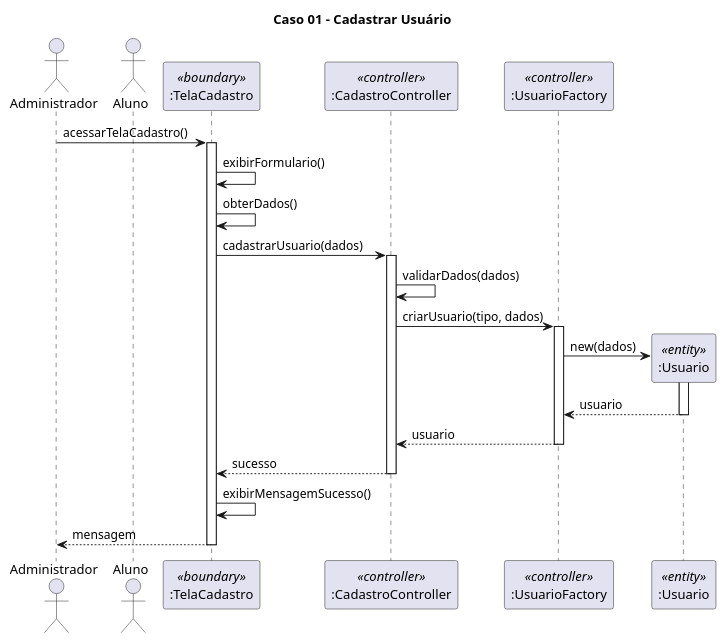
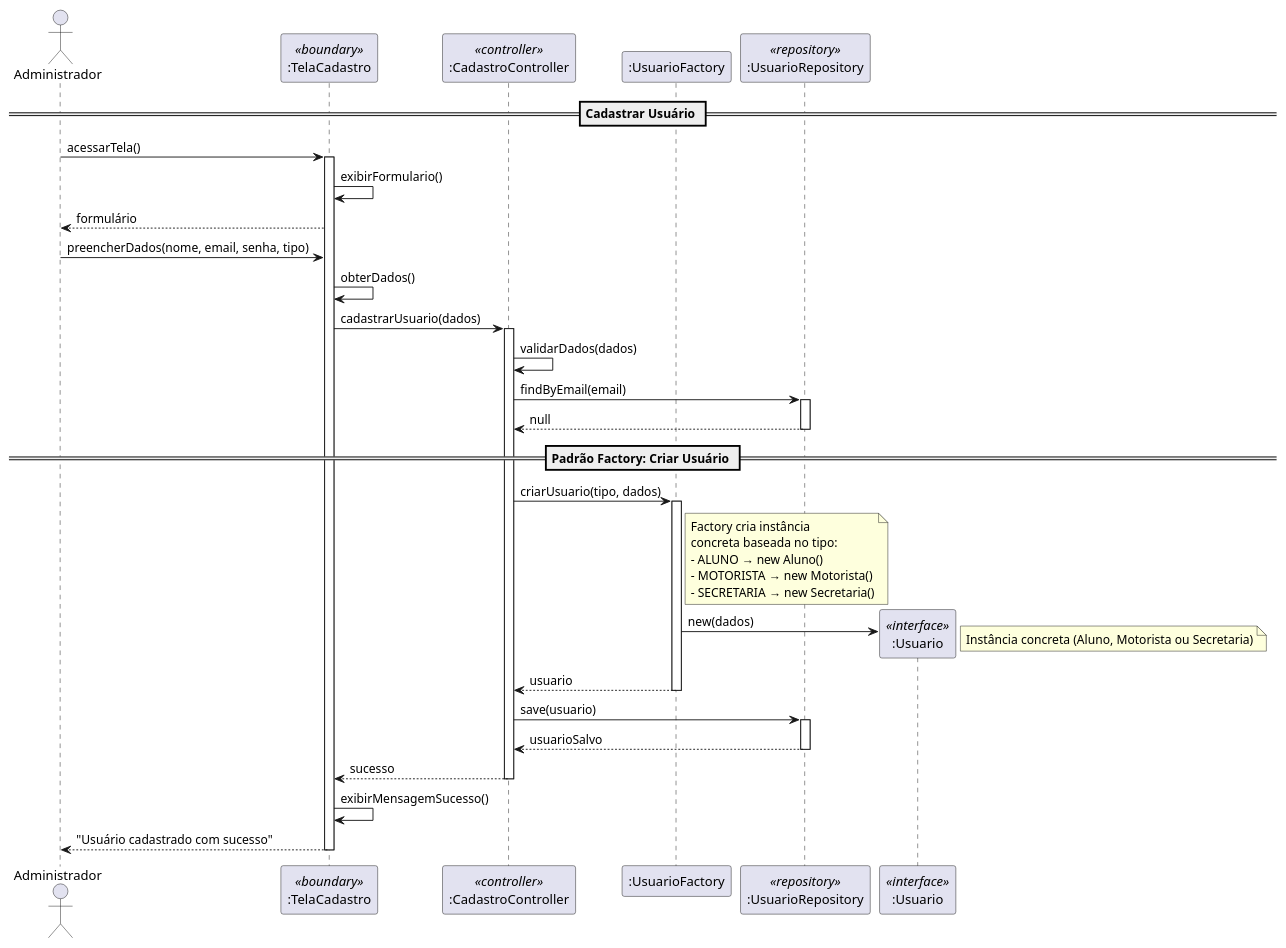
Before and after one commit to viniciusdias2902/modelagem_uml: the diagram in sequencia/Caso_01_Sequencia.puml, drawn with PlantUML. The commit also changed other lines of this file and 117 other files, not shown here.

Commit message:
Atualização dos diagramas

```diff
--- a/sequencia/Caso_01_Sequencia.puml
+++ b/sequencia/Caso_01_Sequencia.puml
@@ -1,44 +1,63 @@
 @startuml
 
-title Caso 01 - Cadastrar Usuário
-
-actor Administrador as Admin
-actor Aluno as AlunoAtor
-
+actor Administrador
 participant ":TelaCadastro" as TC <<boundary>>
 participant ":CadastroController" as CC <<controller>>
-participant ":UsuarioFactory" as UF <<controller>>
-participant ":Usuario" as U <<entity>>
+participant ":UsuarioFactory" as UF
+participant ":UsuarioRepository" as UR <<repository>>
+participant ":Usuario" as U <<interface>>
 
-Admin -> TC: acessarTelaCadastro()
+== Cadastrar Usuário ==
+
+Administrador -> TC: acessarTela()
 activate TC
 
 TC -> TC: exibirFormulario()
+TC --> Administrador: formulário
+
+Administrador -> TC: preencherDados(nome, email, senha, tipo)
 TC -> TC: obterDados()
 
 TC -> CC: cadastrarUsuario(dados)
 activate CC
 
 CC -> CC: validarDados(dados)
 
+CC -> UR: findByEmail(email)
+activate UR
+UR --> CC: null
+deactivate UR
+
+== Padrão Factory: Criar Usuário ==
+
 CC -> UF: criarUsuario(tipo, dados)
 activate UF
 
+note right of UF
+  Factory cria instância
+  concreta baseada no tipo:
+  - ALUNO → new Aluno()
+  - MOTORISTA → new Motorista()
+  - SECRETARIA → new Secretaria()
+end note
+
 create U
 UF -> U: new(dados)
-activate U
-U --> UF: usuario
-deactivate U
+note right: Instância concreta (Aluno, Motorista ou Secretaria)
 
 UF --> CC: usuario
 deactivate UF
+
+CC -> UR: save(usuario)
+activate UR
+UR --> CC: usuarioSalvo
+deactivate UR
 
 CC --> TC: sucesso
 deactivate CC
 
 TC -> TC: exibirMensagemSucesso()
-
-TC --> Admin: mensagem
+TC --> Administrador: "Usuário cadastrado com sucesso"
 deactivate TC
 
 @enduml
```
